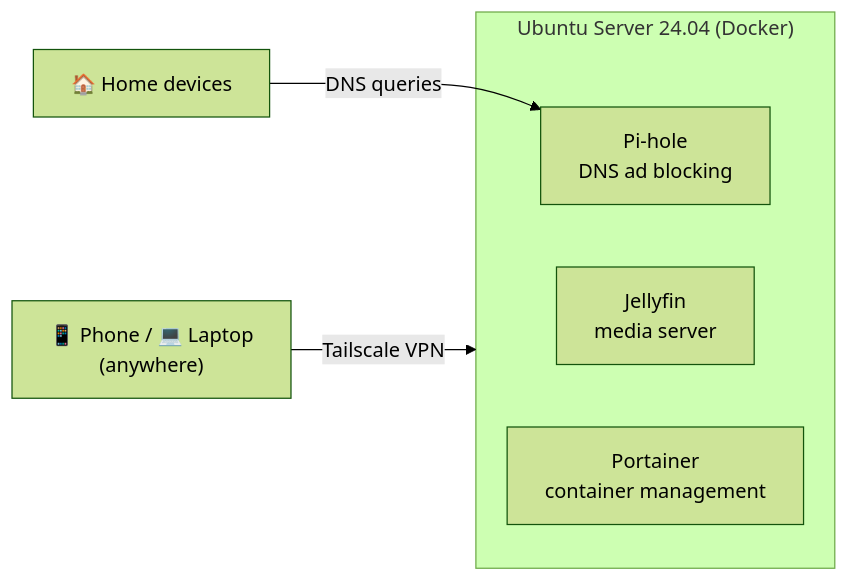
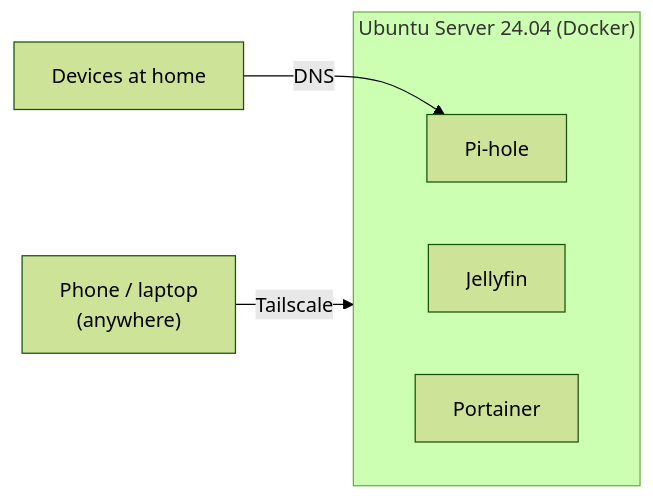
One commit to Schaulagain/my-homelab changed the diagram in README.md. Above: the diagram before and after it, drawn with Mermaid (forest theme). The commit also changed other lines of this file and 5 other files, not shown here.

Commit message:
Say the server is an Acer laptop

````diff
--- a/README.md
+++ b/README.md
@@ -5,10 +5,10 @@
 ```mermaid
 flowchart LR
-    phone["📱 Phone / 💻 Laptop<br/>(anywhere)"] -- Tailscale VPN --> server
-    lan["🏠 Home devices"] -- DNS queries --> pihole
+    phone["Phone / laptop<br/>(anywhere)"] -- Tailscale --> server
+    lan["Devices at home"] -- DNS --> pihole
     subgraph server["Ubuntu Server 24.04 (Docker)"]
-        pihole["Pi-hole<br/>DNS ad blocking"]
-        jellyfin["Jellyfin<br/>media server"]
-        portainer["Portainer<br/>container management"]
+        pihole["Pi-hole"]
+        jellyfin["Jellyfin"]
+        portainer["Portainer"]
     end
 ```
````
